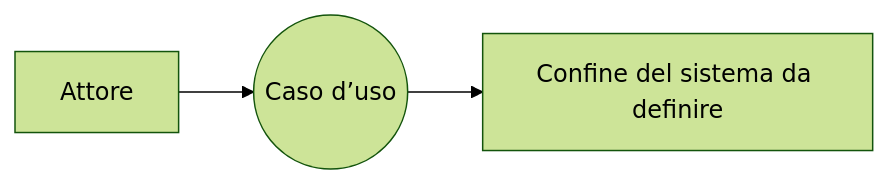
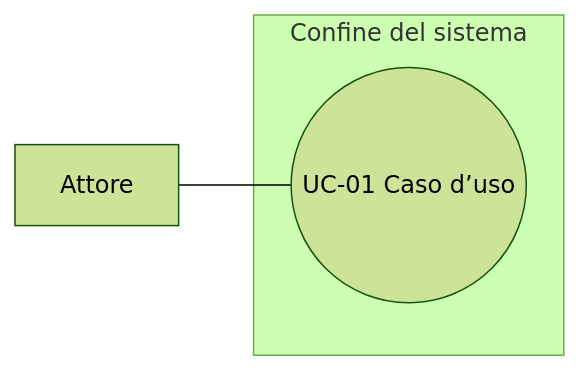
One commit to andreaplini/aegis changed the diagram in docs/template/RAD.md. Above: the diagram before and after it, drawn with Mermaid (forest theme). The commit also changed other lines of this file and 9 other files, not shown here.

Commit message:
docs: define anti-slop review and verify use case diagram

````diff
--- a/docs/template/RAD.md
+++ b/docs/template/RAD.md
@@ -87,5 +87,9 @@
 ```mermaid
 flowchart LR
-  actor[Attore] --> usecase((Caso d’uso))
-  usecase --> system[Confine del sistema da definire]
+  accDescr: Collegare gli attori ai casi d’uso inclusi nel confine del sistema.
+  actor[Attore]
+  subgraph SYSTEM[Confine del sistema]
+    UC01((UC-01 Caso d’uso))
+  end
+  actor --- UC01
 ```
````
